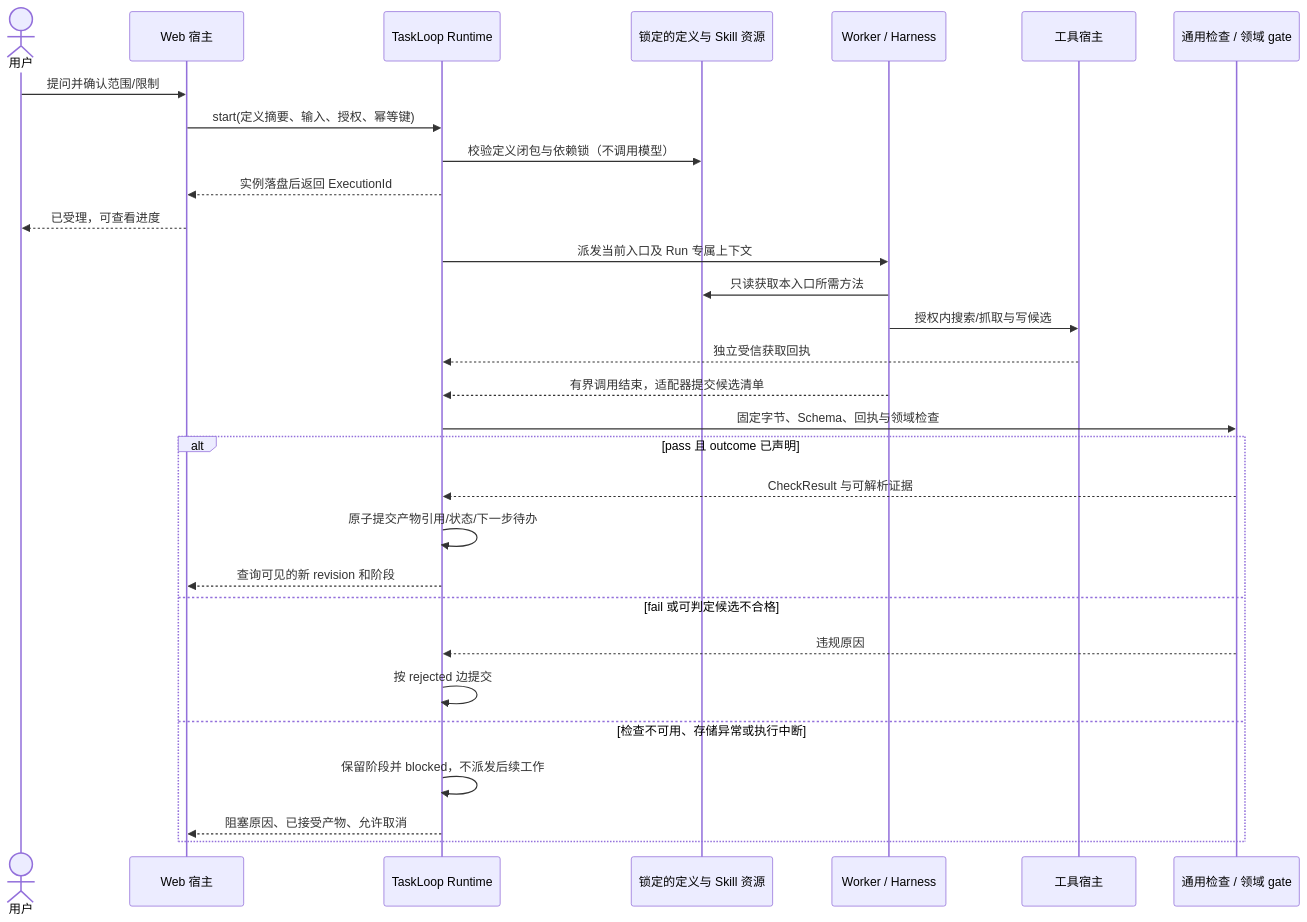
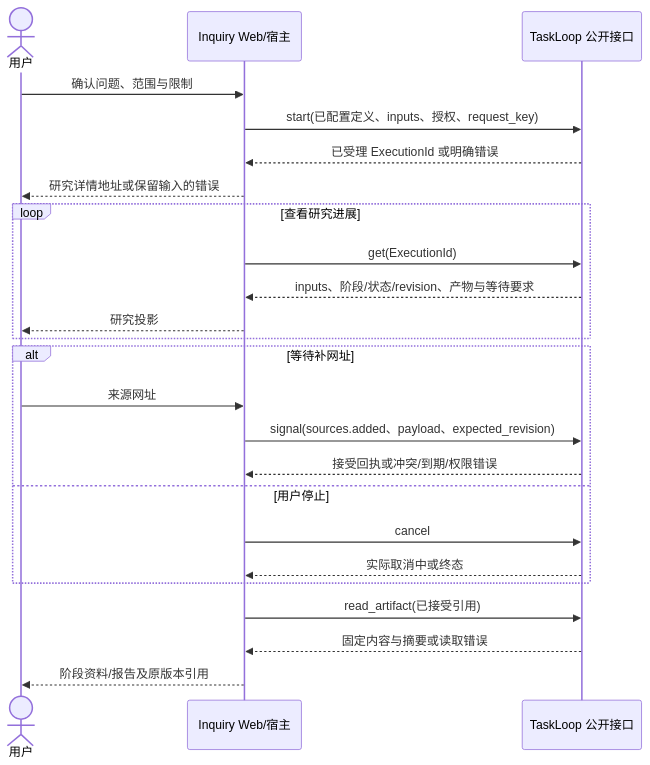
Before and after one commit to xforce-io/inquiry: the third of 3 diagrams in docs/design/1-minimal-research-loop.md, drawn with Mermaid. The commit also changed other lines of this file and 27 other files, not shown here.

````diff
--- a/docs/design/1-minimal-research-loop.md
+++ b/docs/design/1-minimal-research-loop.md
@@ -299,32 +138,26 @@
 ```mermaid
 sequenceDiagram
   actor U as 用户
-  participant W as Web 宿主
-  participant R as TaskLoop Runtime
-  participant P as 锁定的定义与 Skill 资源
-  participant A as Worker / Harness
-  participant T as 工具宿主
-  participant G as 通用检查 / 领域 gate
-  U->>W: 提问并确认范围/限制
-  W->>R: start(定义摘要、输入、授权、幂等键)
-  R->>P: 校验定义闭包与依赖锁（不调用模型）
-  R-->>W: 实例落盘后返回 ExecutionId
-  W-->>U: 已受理，可查看进度
-  R->>A: 派发当前入口及 Run 专属上下文
-  A->>P: 只读获取本入口所需方法
-  A->>T: 授权内搜索/抓取与写候选
-  T-->>R: 独立受信获取回执
-  A-->>R: 有界调用结束，适配器提交候选清单
-  R->>G: 固定字节、Schema、回执与领域检查
-  alt pass 且 outcome 已声明
-    G-->>R: CheckResult 与可解析证据
-    R->>R: 原子提交产物引用/状态/下一步待办
-    R-->>W: 查询可见的新 revision 和阶段
-  else fail 或可判定候选不合格
-    G-->>R: 违规原因
-    R->>R: 按 rejected 边提交
-  else 检查不可用、存储异常或执行中断
-    R->>R: 保留阶段并 blocked，不派发后续工作
-    R-->>W: 阻塞原因、已接受产物、允许取消
+  participant W as Inquiry Web/宿主
+  participant T as TaskLoop 公开接口
+  U->>W: 确认问题、范围与限制
+  W->>T: start(已配置定义、inputs、授权、request_key)
+  T-->>W: 已受理 ExecutionId 或明确错误
+  W-->>U: 研究详情地址或保留输入的错误
+  loop 查看研究进展
+    W->>T: get(ExecutionId)
+    T-->>W: inputs、阶段/状态/revision、产物与等待要求
+    W-->>U: 研究投影
   end
+  alt 等待补网址
+    U->>W: 来源网址
+    W->>T: signal(sources.added、payload、expected_revision)
+    T-->>W: 接受回执或冲突/到期/权限错误
+  else 用户停止
+    W->>T: cancel
+    T-->>W: 实际取消中或终态
+  end
+  W->>T: read_artifact(已接受引用)
+  T-->>W: 固定内容与摘要或读取错误
+  W-->>U: 阶段资料/报告及原版本引用
 ```
````
